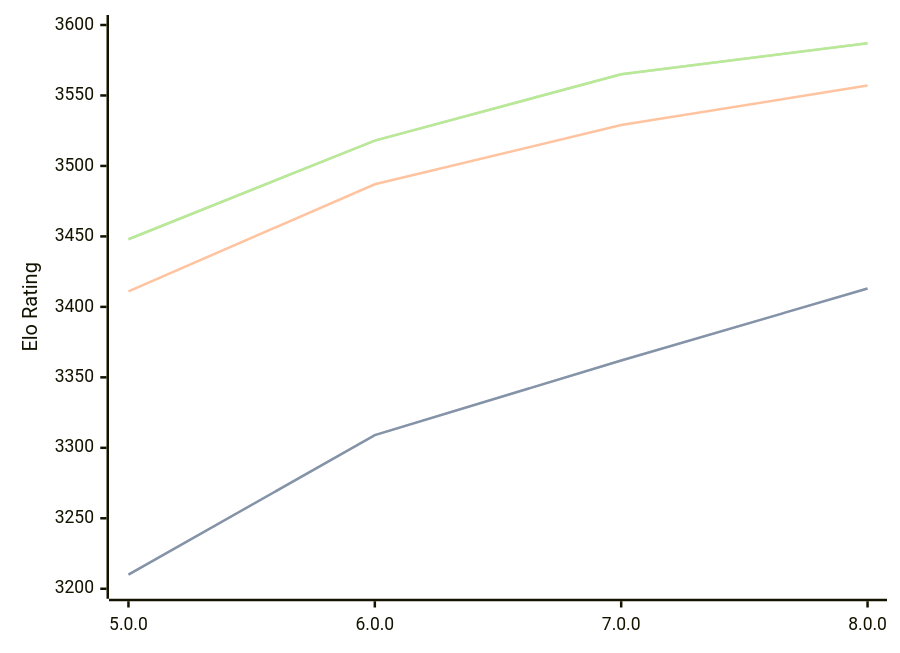
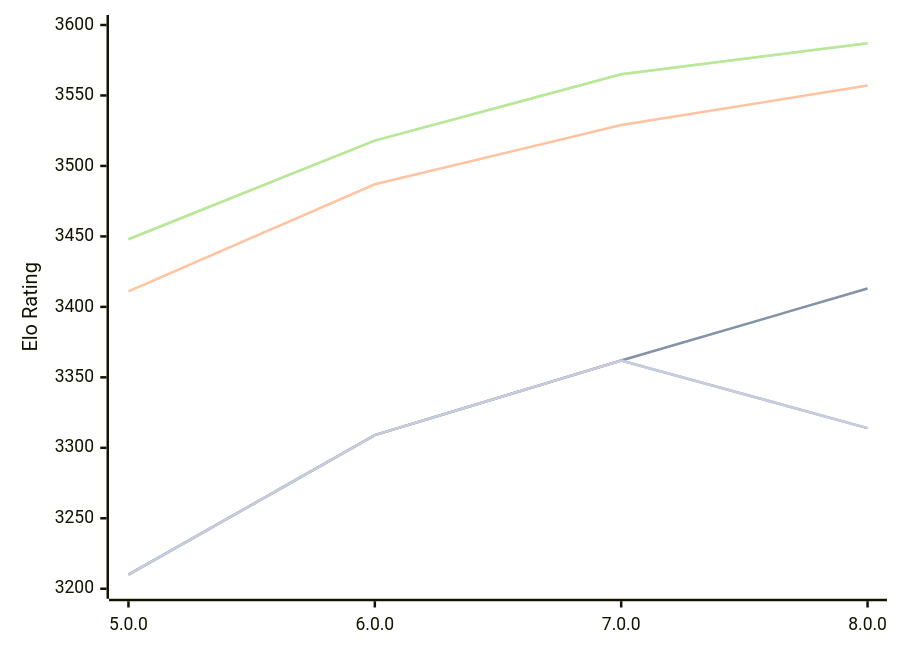
The diagram in engines/Stormphrax.md (computer-chess-index/cci), drawn with Mermaid before and after one commit. The commit also changed other lines of this file, not shown here.

Commit message:
Update CCI Ratings (ELO VLTC) - 2026-10-11

````diff
--- a/engines/Stormphrax.md
+++ b/engines/Stormphrax.md
@@ -50,16 +50,13 @@
 ```mermaid
 %%{init: {"theme":"base","themeVariables":{"seriesColors:['#a3a3a3','#222221','#faa371']}}}%%
 xychart-beta
   x-axis ["5.0.0", "6.0.0", "7.0.0", "8.0.0"]
   y-axis "Elo Rating" 3200 --> 3600
   line "" [3210, 3309, 3362, 3413]
   line "T1: STC (8.0+0.08s)" [3210, 3309, 3362, 3413]
   line "T1: LTC (60.0+0.60s)" [3411, 3487, 3529, 3557]
   line "" [3448, 3518, 3565, 3587]
   line "T1: VLTC (2m24s+1.12s)" [3448, 3518, 3565, 3587]
-  line "" [3303]
-  line "E1: STC (8.0+0.08s)" [3303]
-  line "E1: LTC (60.0+0.60s)" [3545]
-  line "" [3588]
-  line "E1: VLTC (2m24s+1.12s)" [3588]
+  line "" [3210, 3309, 3362,3314]
+  line "E1: STC (8.0+0.08s)" [3210, 3309, 3362,3314]
 ```
````
